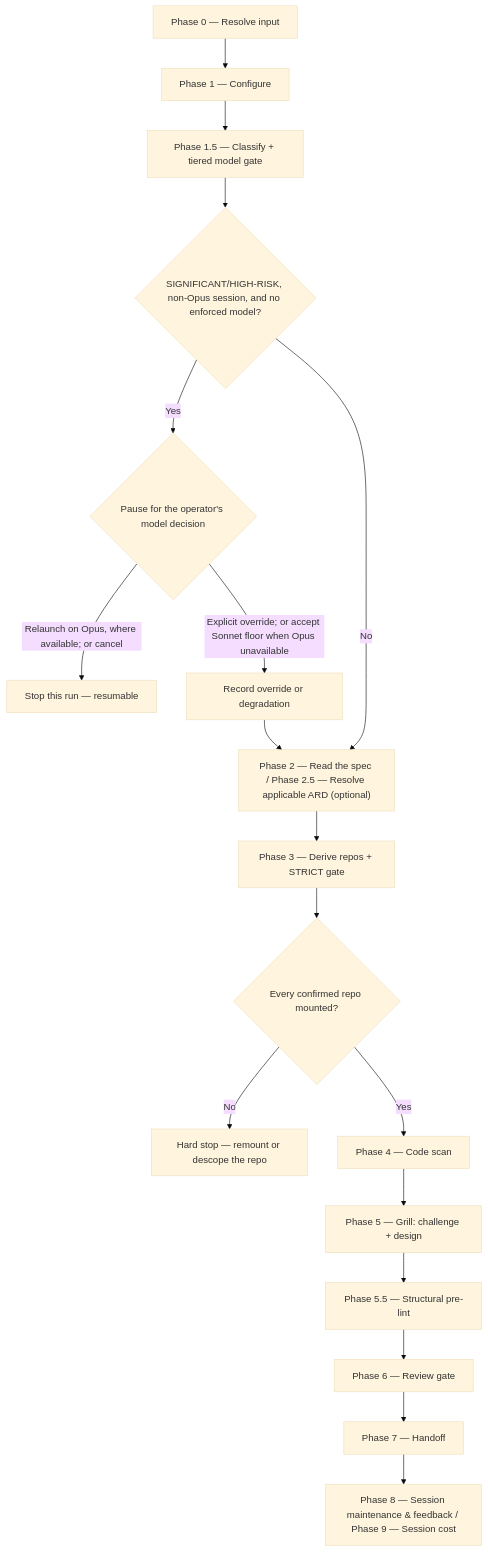
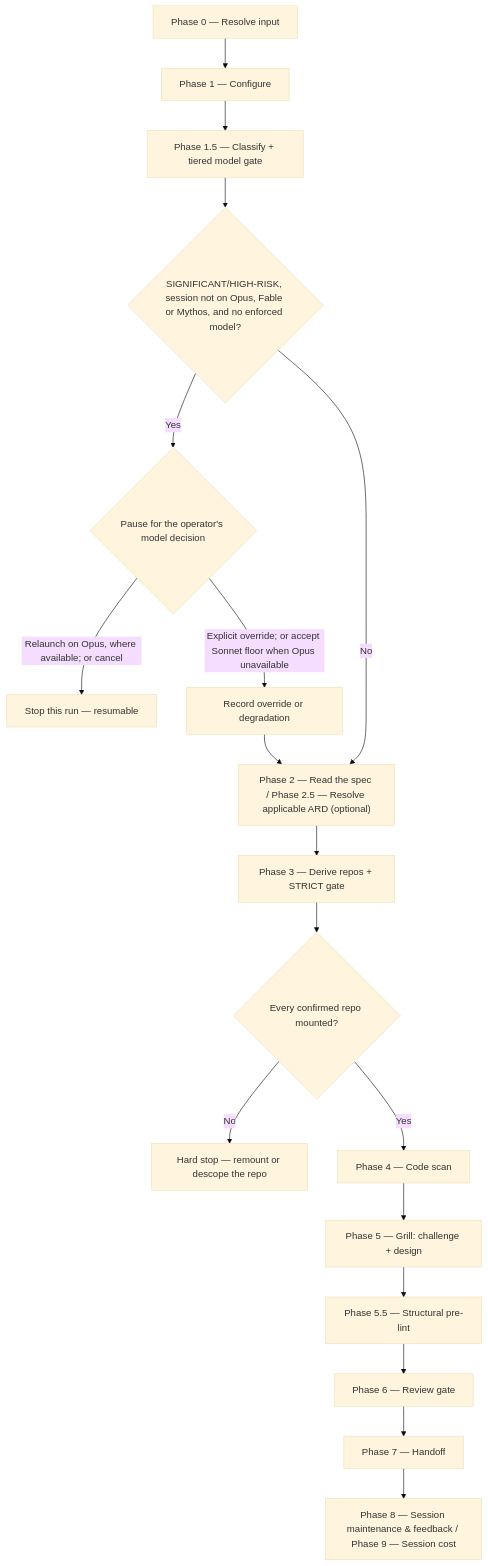
The diagram in plugins/dev-workflows/docs/commands/design.md (ihudak/ai-workflows), drawn with Mermaid (base theme) before and after one commit. The commit also changed other lines of this file and 15 other files, not shown here.

First line of the commit message:
fix: review of the Mythos routing — every Opus test on current_model names §4's Opus-tier; §5 scoped to the family-only harness; docs-workflows 1.38.2

````diff
--- a/plugins/dev-workflows/docs/commands/design.md
+++ b/plugins/dev-workflows/docs/commands/design.md
@@ -25,20 +25,20 @@
 ```mermaid
 flowchart TD
     p0["Phase 0 — Resolve input"] --> p1["Phase 1 — Configure"]
     p1 --> p15["Phase 1.5 — Classify + tiered model gate"]
-    p15 --> d1{"SIGNIFICANT/HIGH-RISK, non-Opus session, and no enforced model?"}
+    p15 --> d1{"SIGNIFICANT/HIGH-RISK, session not on Opus, Fable or Mythos, and no enforced model?"}
     d1 -->|Yes| choice{"Pause for the operator's model decision"}
     choice -->|"Relaunch on Opus, where available; or cancel"| stop1["Stop this run — resumable"]
     choice -->|"Explicit override; or accept Sonnet floor when Opus unavailable"| override["Record override or degradation"]
     override --> p2
     d1 -->|No| p2["Phase 2 — Read the spec / Phase 2.5 — Resolve applicable ARD (optional)"]
     p2 --> p3["Phase 3 — Derive repos + STRICT gate"]
     p3 --> d2{"Every confirmed repo mounted?"}
     d2 -->|No| stop2["Hard stop — remount or descope the repo"]
     d2 -->|Yes| p4["Phase 4 — Code scan"]
     p4 --> p5["Phase 5 — Grill: challenge + design"]
     p5 --> p55["Phase 5.5 — Structural pre-lint"]
     p55 --> p6["Phase 6 — Review gate"]
     p6 --> p7["Phase 7 — Handoff"]
     p7 --> p89["Phase 8 — Session maintenance & feedback / Phase 9 — Session cost"]
 ```
````
